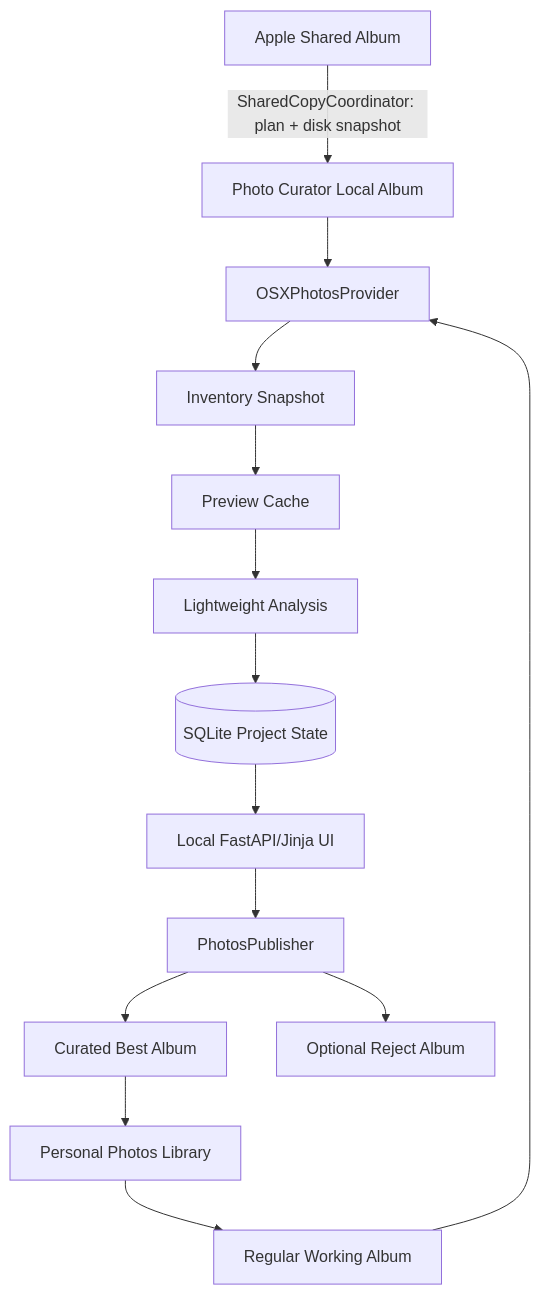
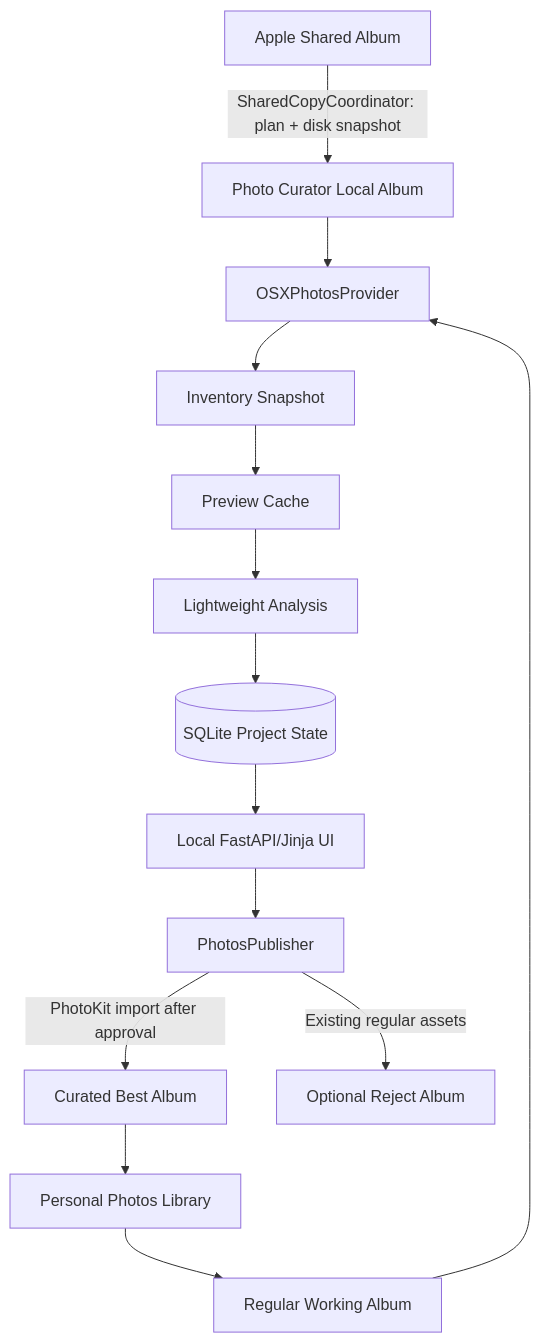
Before and after one commit to SergeyLavrentev/photo-curator: the diagram in docs/02-architecture.md, drawn with Mermaid. The commit also changed other lines of this file and 18 other files, not shown here.

````diff
--- a/docs/02-architecture.md
+++ b/docs/02-architecture.md
@@ -5,16 +5,16 @@
 ```mermaid
 flowchart TD
     SA[Apple Shared Album] -->|SharedCopyCoordinator: plan + disk snapshot| LA[Photo Curator Local Album]
     PL[Personal Photos Library] --> WA[Regular Working Album]
     LA --> OP[LocalAlbumsProvider]
     WA --> OP[OSXPhotosProvider]
     OP --> INV[Inventory Snapshot]
     INV --> PC[Preview Cache]
     PC --> AN[Lightweight Analysis]
     AN --> DB[(SQLite Project State)]
     DB --> UI[Local FastAPI/Jinja UI]
     UI --> PUB[PhotosPublisher]
-    PUB --> BA[Curated Best Album]
-    PUB --> RA[Optional Reject Album]
+    PUB -->|PhotoKit import after approval| BA[Curated Best Album]
+    PUB -->|Existing regular assets| RA[Optional Reject Album]
     BA --> PL
 ```
````
